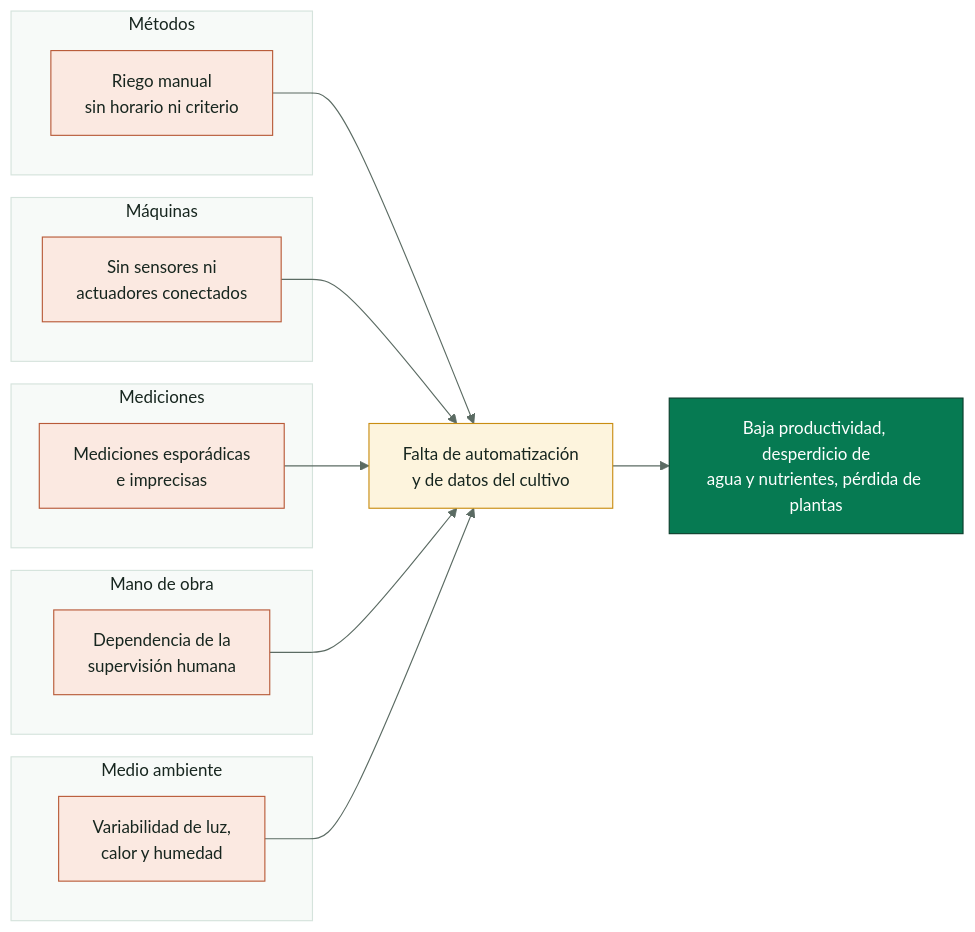
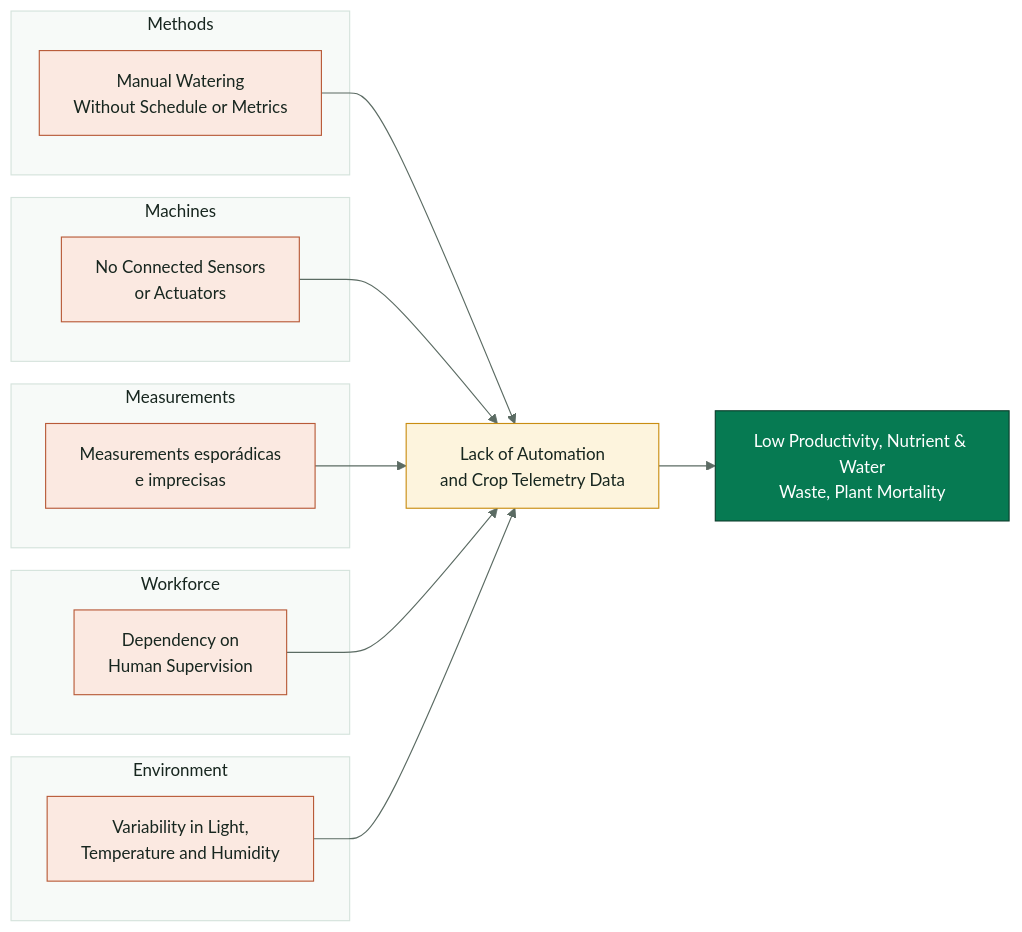
One commit to SmartPotTech/.github changed the diagram in docs/SmartPot_Project_Journey.md. Above: the diagram before and after it, drawn with Mermaid. The commit also changed other lines of this file and 186 other files, not shown here.

Commit message:
docs(specs): synchronize 100% english organization documentation, diagrams, and formal deliverables

````diff
--- a/docs/SmartPot_Project_Journey.md
+++ b/docs/SmartPot_Project_Journey.md
@@ -413,31 +45,31 @@
 ```mermaid
 %%{init: {"theme": "base", "fontFamily": "Segoe UI, Arial, sans-serif", "themeVariables": {"fontFamily": "Segoe UI, Arial, sans-serif", "fontSize": "15px", "primaryColor": "#DDF5EA", "primaryTextColor": "#17261F", "primaryBorderColor": "#067A52", "secondaryColor": "#E3F2FB", "secondaryTextColor": "#17261F", "secondaryBorderColor": "#1F6FA0", "tertiaryColor": "#F2F7F4", "tertiaryTextColor": "#17261F", "tertiaryBorderColor": "#D5E3DC", "lineColor": "#5B6B63", "textColor": "#17261F", "mainBkg": "#DDF5EA", "nodeBorder": "#067A52", "clusterBkg": "#F7FAF8", "clusterBorder": "#D5E3DC", "edgeLabelBackground": "#FFFFFF", "actorBkg": "#067A52", "actorBorder": "#0B3D2B", "actorTextColor": "#FFFFFF", "actorLineColor": "#5B6B63", "signalColor": "#17261F", "signalTextColor": "#17261F", "labelBoxBkgColor": "#0B3D2B", "labelBoxBorderColor": "#0B3D2B", "labelTextColor": "#FFFFFF", "loopTextColor": "#0B3D2B", "noteBkgColor": "#FDF4DD", "noteBorderColor": "#C98D12", "noteTextColor": "#17261F", "activationBkgColor": "#DDF5EA", "activationBorderColor": "#067A52", "attributeBackgroundColorOdd": "#FFFFFF", "attributeBackgroundColorEven": "#F2F7F4"}}}%%
 flowchart LR
-  subgraph metodos["Métodos"]
-    m1["Riego manual<br/>sin horario ni criterio"]
+  subgraph metodos["Methods"]
+    m1["Manual Watering<br/>Without Schedule or Metrics"]
   end
-  subgraph maquinas["Máquinas"]
-    m2["Sin sensores ni<br/>actuadores conectados"]
+  subgraph maquinas["Machines"]
+    m2["No Connected Sensors<br/>or Actuators"]
   end
-  subgraph mediciones["Mediciones"]
-    m3["Mediciones esporádicas<br/>e imprecisas"]
+  subgraph mediciones["Measurements"]
+    m3["Measurements esporádicas<br/>e imprecisas"]
   end
-  subgraph mano["Mano de obra"]
-    m4["Dependencia de la<br/>supervisión humana"]
+  subgraph mano["Workforce"]
+    m4["Dependency on<br/>Human Supervision"]
   end
-  subgraph ambiente["Medio ambiente"]
-    m5["Variabilidad de luz,<br/>calor y humedad"]
+  subgraph ambiente["Environment"]
+    m5["Variability in Light,<br/>Temperature and Humidity"]
   end
-  m1 --> raiz["Falta de automatización<br/>y de datos del cultivo"]
+  m1 --> raiz["Lack of Automation<br/>and Crop Telemetry Data"]
   m2 --> raiz
   m3 --> raiz
   m4 --> raiz
   m5 --> raiz
-  raiz --> efecto["Baja productividad, desperdicio de<br/>agua y nutrientes, pérdida de plantas"]
+  raiz --> efecto["Low Productivity, Nutrient & Water<br/>Waste, Plant Mortality"]
   classDef cause fill:#FBE9E1,stroke:#B85A38,color:#17261F
   classDef root fill:#FDF4DD,stroke:#C98D12,color:#17261F
   classDef effect fill:#067A52,stroke:#0B3D2B,color:#FFFFFF
   class m1,m2,m3,m4,m5 cause
   class raiz root
   class efecto effect
 ```
````
